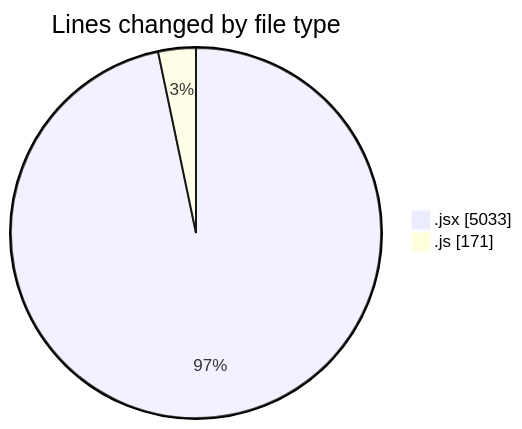
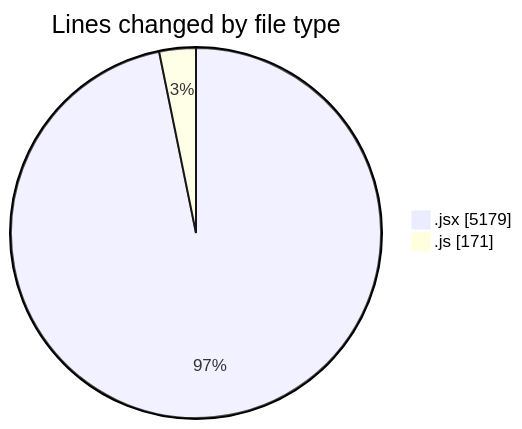
Before and after one commit to nxtqubesakshisongat/code-tracking: the first of 2 diagrams in 2025-07-09/argos/README.md, drawn with Mermaid. The commit also changed other lines of this file and 1 other file, not shown here.

````diff
--- a/2025-07-09/argos/README.md
+++ b/2025-07-09/argos/README.md
@@ -26,6 +26,6 @@
 ```mermaid
 pie showData
 title Lines changed by file type
-".jsx" : 5033
+".jsx" : 5179
 ".js" : 171
 ```
````
